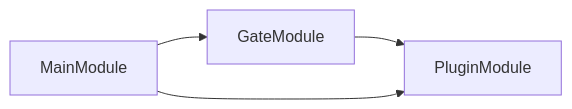
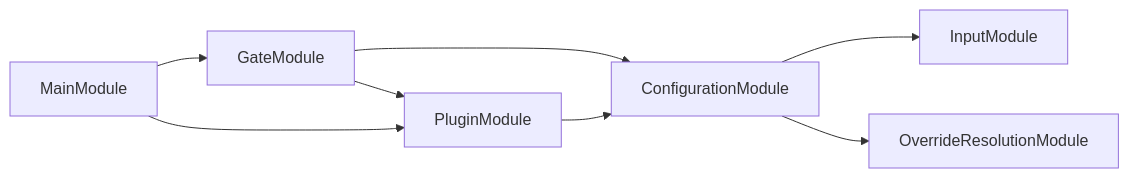
One commit to organizzolini/codebase changed the second of 3 diagrams in projects/ic-suite/codependix/codependix-nx/README.md. Above: the diagram before and after it, drawn with Mermaid. The commit also changed other lines of this file and 2324 other files, not shown here.

````diff
--- a/projects/ic-suite/codependix/codependix-nx/README.md
+++ b/projects/ic-suite/codependix/codependix-nx/README.md
@@ -240,9 +244,16 @@
 ```mermaid
 flowchart LR
+  ConfigurationModule
   GateModule
+  InputModule
   MainModule
+  OverrideResolutionModule
   PluginModule
+  ConfigurationModule --> InputModule
+  ConfigurationModule --> OverrideResolutionModule
+  GateModule --> ConfigurationModule
   GateModule --> PluginModule
   MainModule --> GateModule
   MainModule --> PluginModule
+  PluginModule --> ConfigurationModule
 ```
````
